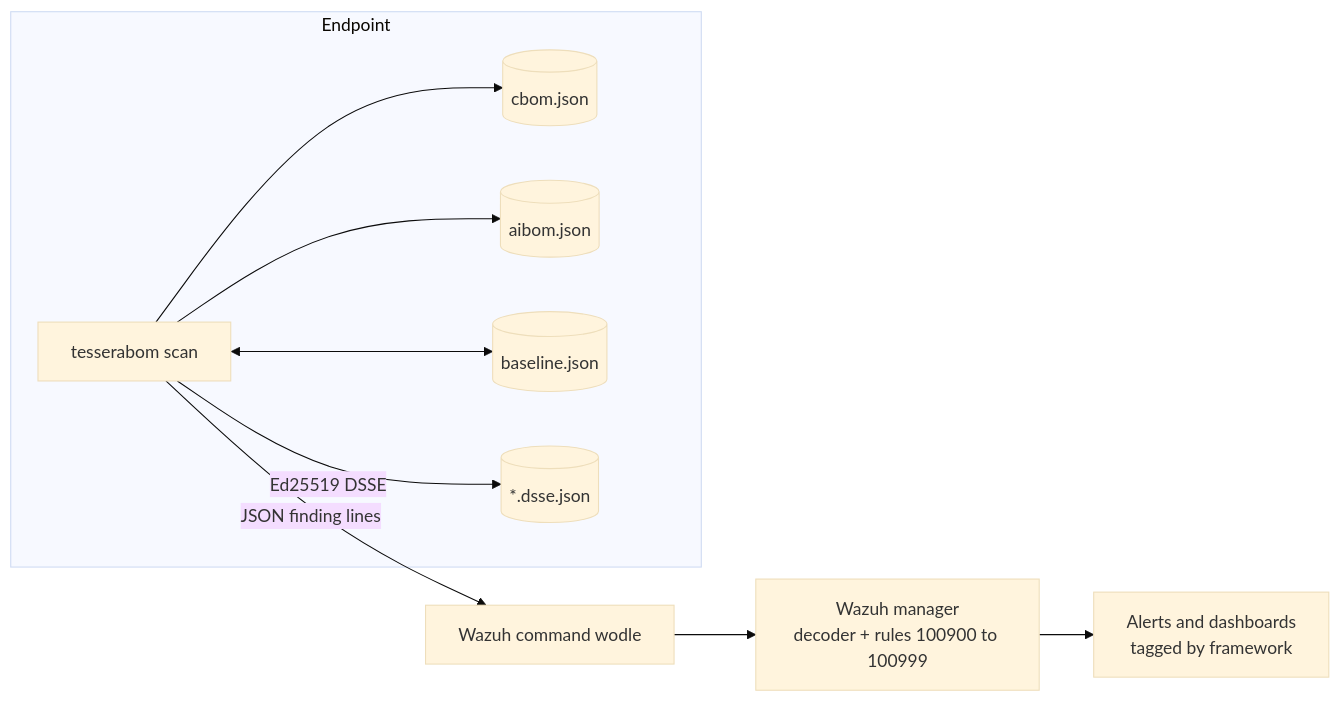
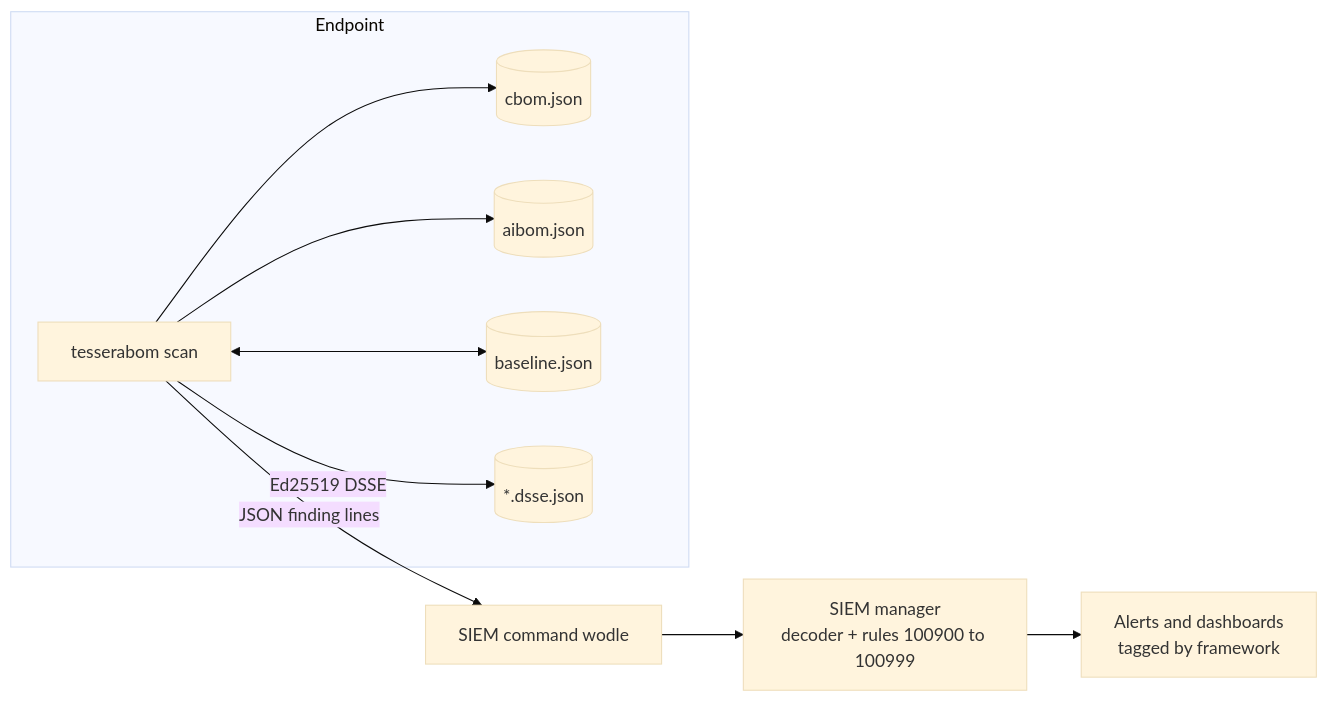
One commit to sunilgentyala/tesserabom changed the diagram in README.md. Above: the diagram before and after it, drawn with Mermaid (base theme). The commit also changed other lines of this file and 16 other files, not shown here.

````diff
--- a/README.md
+++ b/README.md
@@ -47,12 +47,12 @@
 ```mermaid
 flowchart LR
   subgraph Endpoint
     S[tesserabom scan] --> CB[(cbom.json)]
     S --> AB[(aibom.json)]
     S <--> BL[(baseline.json)]
     S -->|Ed25519 DSSE| EN[(*.dsse.json)]
   end
-  S -->|JSON finding lines| W[Wazuh command wodle]
-  W --> M[Wazuh manager<br/>decoder + rules 100900 to 100999]
+  S -->|JSON finding lines| W[SIEM command wodle]
+  W --> M[SIEM manager<br/>decoder + rules 100900 to 100999]
   M --> D[Alerts and dashboards<br/>tagged by framework]
 ```
````
